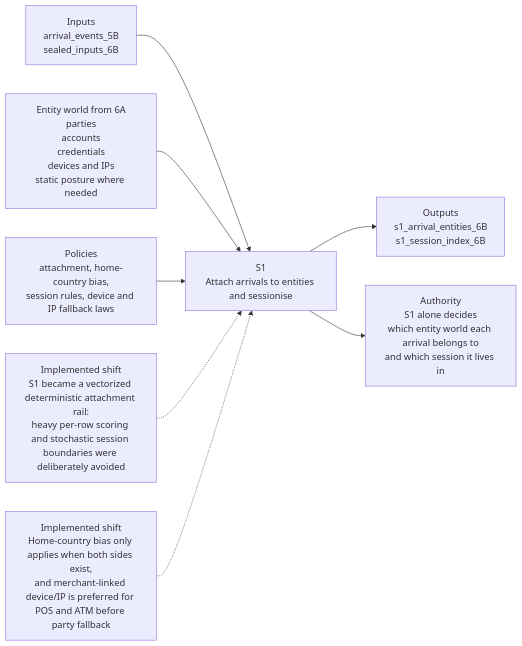
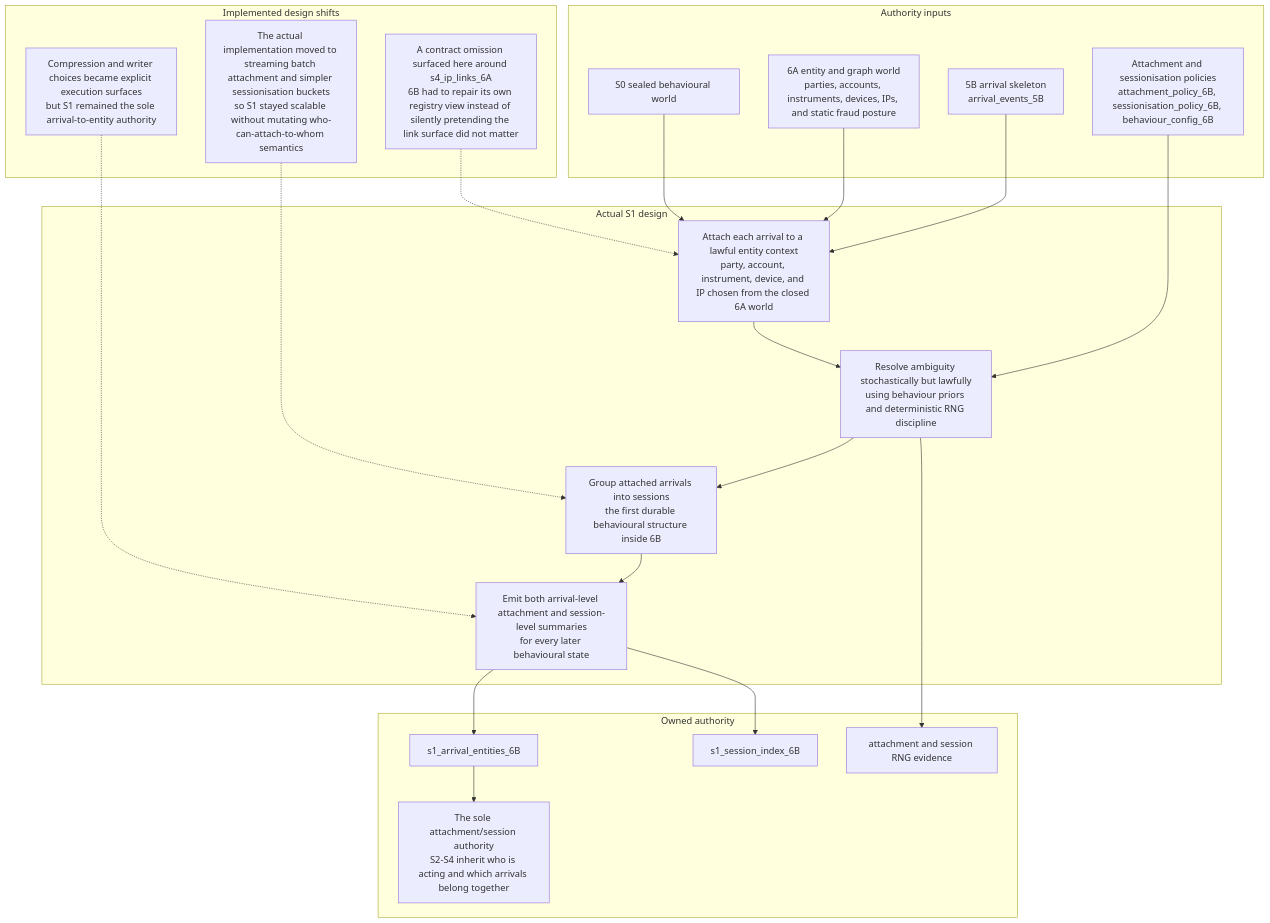
The diagram in docs/design/data-engine/layer-3/6B/6B-S1-design-flow.mmd (EsosaOrumwese/fraud-detection-system), drawn with Mermaid before and after one commit. The commit also changed 23 other files, not shown here.

First line of the commit message:
Refactor design flows for layers 6A and 6B to enhance clarity and structure

```diff
--- a/docs/design/data-engine/layer-3/6B/6B-S1-design-flow.mmd
+++ b/docs/design/data-engine/layer-3/6B/6B-S1-design-flow.mmd
@@ -1,20 +1,42 @@
-flowchart LR
-  U1["Inputs<br/>arrival_events_5B<br/>sealed_inputs_6B"]
-  U2["Entity world from 6A<br/>parties<br/>accounts<br/>credentials<br/>devices and IPs<br/>static posture where needed"]
-  U3["Policies<br/>attachment, home-country bias,<br/>session rules, device and IP fallback laws"]
+flowchart TD
+  subgraph inputs["Authority inputs"]
+    I1["5B arrival skeleton<br/>arrival_events_5B"]
+    I2["6A entity and graph world<br/>parties, accounts, instruments, devices, IPs, and static fraud posture"]
+    I3["Attachment and sessionisation policies<br/>attachment_policy_6B, sessionisation_policy_6B, behaviour_config_6B"]
+    I4["S0 sealed behavioural world"]
+  end
 
-  S1["S1<br/>Attach arrivals to entities and sessionise"]
+  subgraph core["Actual S1 design"]
+    C1["Attach each arrival to a lawful entity context<br/>party, account, instrument, device, and IP chosen from the closed 6A world"]
+    C2["Resolve ambiguity stochastically but lawfully<br/>using behaviour priors and deterministic RNG discipline"]
+    C3["Group attached arrivals into sessions<br/>the first durable behavioural structure inside 6B"]
+    C4["Emit both arrival-level attachment and session-level summaries<br/>for every later behavioural state"]
+  end
 
-  O1["Outputs<br/>s1_arrival_entities_6B<br/>s1_session_index_6B"]
-  O2["Authority<br/>S1 alone decides<br/>which entity world each arrival belongs to<br/>and which session it lives in"]
+  subgraph shifts["Implemented design shifts"]
+    S1["A contract omission surfaced here around s4_ip_links_6A<br/>6B had to repair its own registry view instead of silently pretending the link surface did not matter"]
+    S2["The actual implementation moved to streaming batch attachment and simpler sessionisation buckets<br/>so S1 stayed scalable without mutating who-can-attach-to-whom semantics"]
+    S3["Compression and writer choices became explicit execution surfaces<br/>but S1 remained the sole arrival-to-entity authority"]
+  end
 
-  R1["Implemented shift<br/>S1 became a vectorized deterministic attachment rail:<br/>heavy per-row scoring and stochastic session boundaries were deliberately avoided"]
-  R2["Implemented shift<br/>Home-country bias only applies when both sides exist,<br/>and merchant-linked device/IP is preferred for POS and ATM before party fallback"]
+  subgraph outputs["Owned authority"]
+    O1["s1_arrival_entities_6B"]
+    O2["s1_session_index_6B"]
+    O3["attachment and session RNG evidence"]
+    O4["The sole attachment/session authority<br/>S2-S4 inherit who is acting and which arrivals belong together"]
+  end
 
-  U1 --> S1
-  U2 --> S1
-  U3 --> S1
-  S1 --> O1
-  S1 --> O2
-  R1 -.-> S1
-  R2 -.-> S1
+  I1 --> C1
+  I2 --> C1
+  I3 --> C2
+  I4 --> C1
+  C1 --> C2 --> C3 --> C4
+
+  C4 --> O1
+  C4 --> O2
+  C2 --> O3
+  O1 --> O4
+
+  S1 -.-> C1
+  S2 -.-> C3
+  S3 -.-> C4
```
